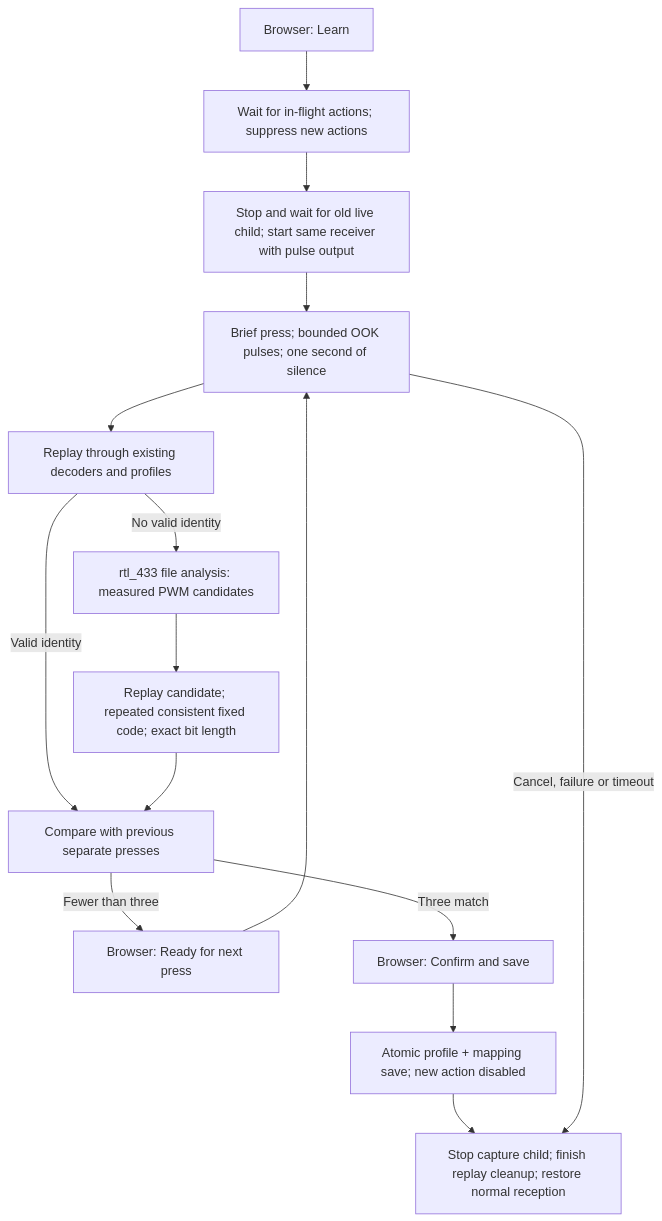
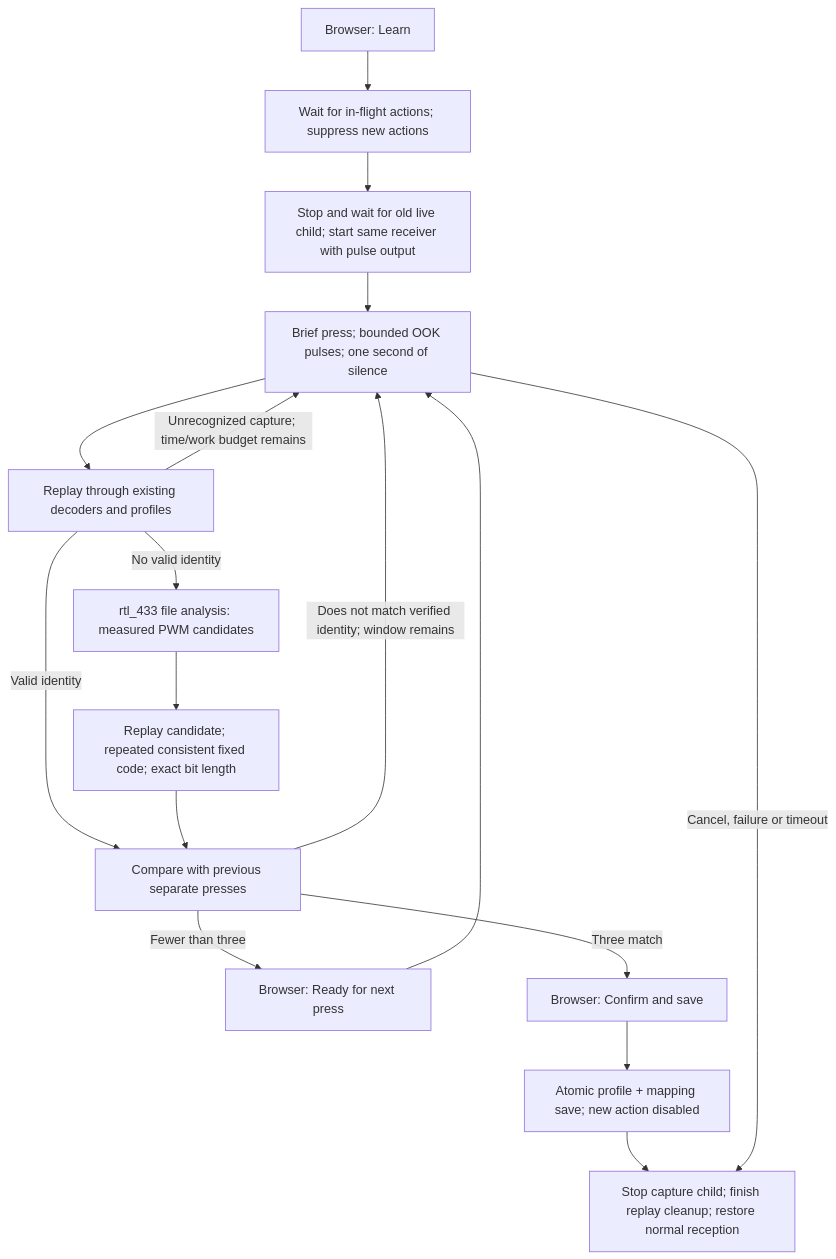
One commit to ninoleto/rf433-button-manager changed the diagram in docs/LEARNING.md. Above: the diagram before and after it, drawn with Mermaid. The commit also changed other lines of this file and 17 other files, not shown here.

````diff
--- a/docs/LEARNING.md
+++ b/docs/LEARNING.md
@@ -77,17 +99,19 @@
 ```mermaid
 flowchart TD
     Learn[Browser: Learn] --> Pause[Wait for in-flight actions; suppress new actions]
     Pause --> Live[Stop and wait for old live child; start same receiver with pulse output]
     Live --> Capture[Brief press; bounded OOK pulses; one second of silence]
     Capture --> Existing[Replay through existing decoders and profiles]
     Existing -->|No valid identity| Analyze[rtl_433 file analysis: measured PWM candidates]
     Analyze --> Proof[Replay candidate; repeated consistent fixed code; exact bit length]
     Existing -->|Valid identity| Match[Compare with previous separate presses]
     Proof --> Match
+    Existing -->|Unrecognized capture; time/work budget remains| Capture
+    Match -->|Does not match verified identity; window remains| Capture
     Match -->|Fewer than three| Arm[Browser: Ready for next press]
     Arm --> Capture
     Match -->|Three match| Confirm[Browser: Confirm and save]
     Confirm --> Save[Atomic profile + mapping save; new action disabled]
     Save --> Restore[Stop capture child; finish replay cleanup; restore normal reception]
     Capture -->|Cancel, failure or timeout| Restore
 ```
````
